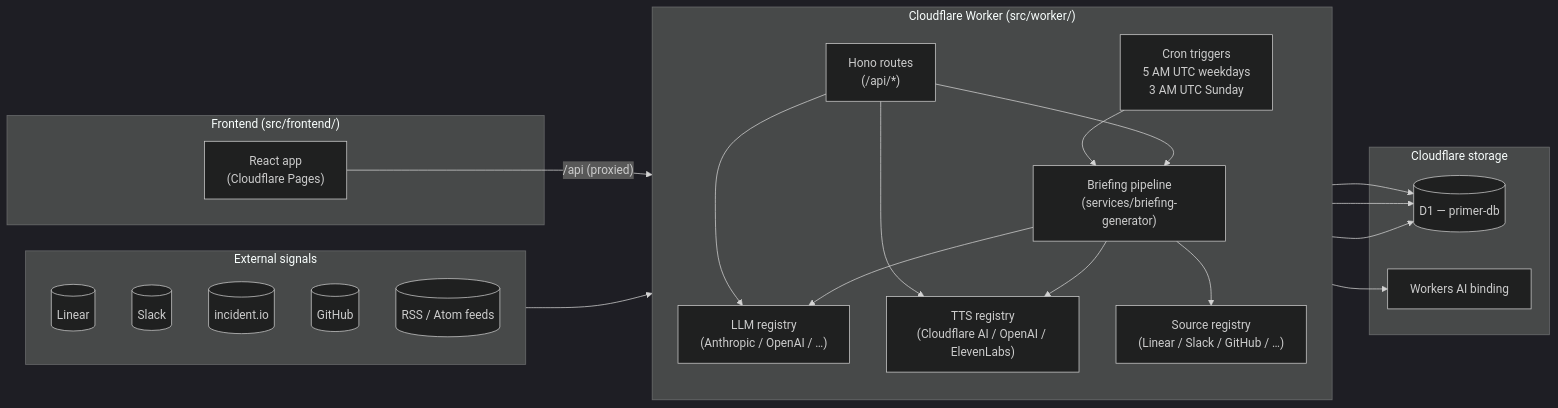
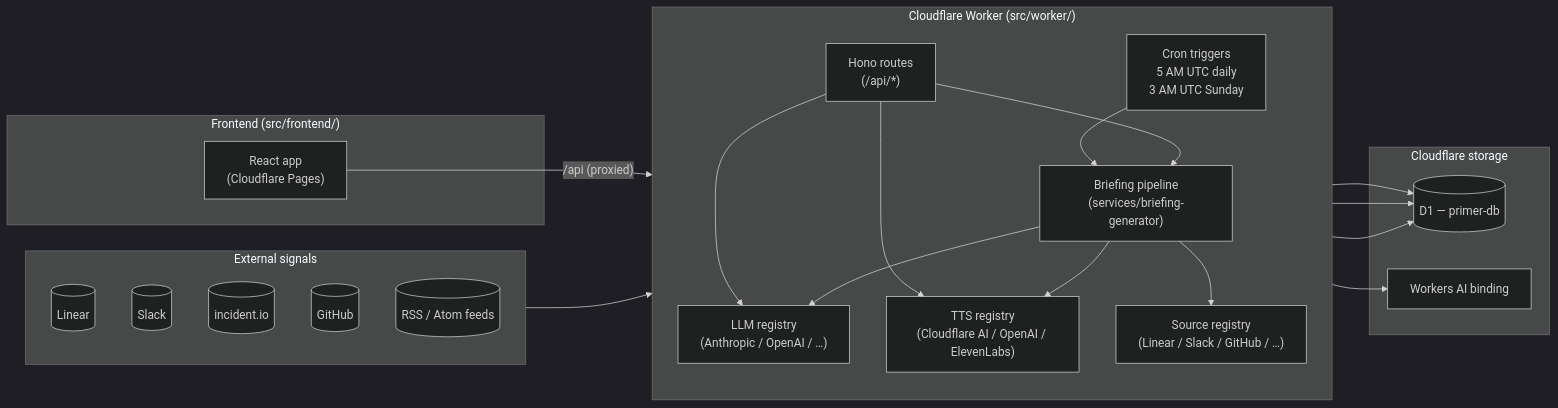
Before and after one commit to agershman/primer: the first of 2 diagrams in dev-docs/architecture.md, drawn with Mermaid (dark theme). The commit also changed 19 other files, not shown here.

````diff
--- a/dev-docs/architecture.md
+++ b/dev-docs/architecture.md
@@ -7,44 +7,44 @@
 ```mermaid
 flowchart LR
     %% External signals on the left
     subgraph Signals["External signals"]
         Linear[(Linear)]
         Slack[(Slack)]
         IncidentIO[(incident.io)]
         GitHub[(GitHub)]
         Feeds[(RSS / Atom feeds)]
     end
 
     subgraph Worker["Cloudflare Worker (src/worker/)"]
         direction TB
-        Cron["Cron triggers<br/>5 AM UTC weekdays<br/>3 AM UTC Sunday"]
+        Cron["Cron triggers<br/>5 AM UTC daily<br/>3 AM UTC Sunday"]
         Routes["Hono routes<br/>(/api/*)"]
         Pipeline["Briefing pipeline<br/>(services/briefing-generator)"]
         LLMReg["LLM registry<br/>(Anthropic / OpenAI / …)"]
         TTSReg["TTS registry<br/>(Cloudflare AI / OpenAI / ElevenLabs)"]
         SourceReg["Source registry<br/>(Linear / Slack / GitHub / …)"]
     end
 
     subgraph Storage["Cloudflare storage"]
         D1[(D1 — primer-db)]
         AI[Workers AI binding]
     end
 
     subgraph Frontend["Frontend (src/frontend/)"]
         UI["React app<br/>(Cloudflare Pages)"]
     end
 
     Signals --> SourceReg
     Cron --> Pipeline
     Routes --> Pipeline
     Routes --> LLMReg
     Routes --> TTSReg
     Pipeline --> LLMReg
     Pipeline --> TTSReg
     Pipeline --> SourceReg
     Pipeline --> D1
     LLMReg --> D1
     TTSReg --> AI
     Routes --> D1
     UI -- "/api (proxied)" --> Routes
 ```
````
